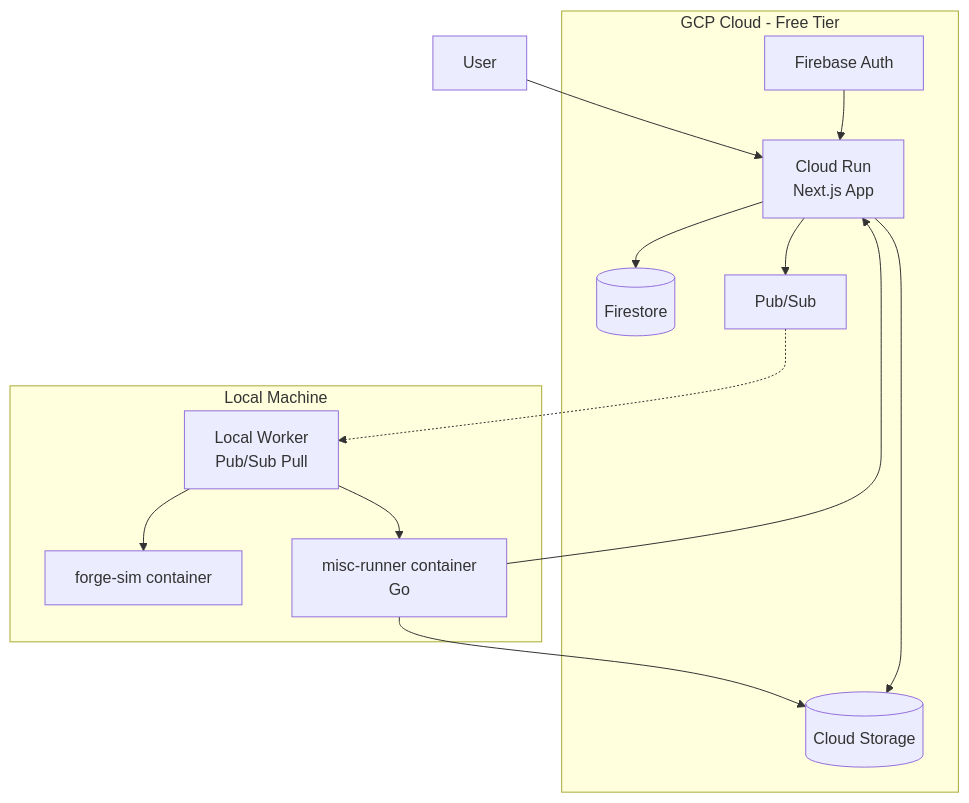
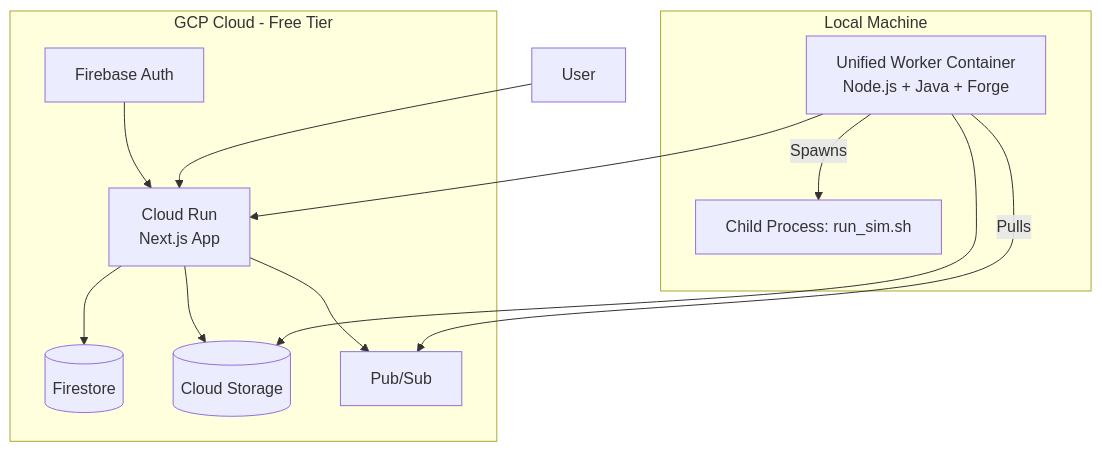
Before and after one commit to TytaniumDev/MagicBracketSimulator: the first of 6 diagrams in docs/ARCHITECTURE.md, drawn with Mermaid. The commit also changed other lines of this file and 3 other files, not shown here.

First line of the commit message:
docs: Synchronize architecture documentation with Unified Worker implementation

````diff
--- a/docs/ARCHITECTURE.md
+++ b/docs/ARCHITECTURE.md
@@ -18,27 +20,24 @@
 ```mermaid
 flowchart TB
     subgraph gcp [GCP Cloud - Free Tier]
         CloudRun[Cloud Run<br/>Next.js App]
         Firestore[(Firestore)]
         GCS[(Cloud Storage)]
         PubSub[Pub/Sub]
         FirebaseAuth[Firebase Auth]
         CloudRun --> Firestore
         CloudRun --> GCS
         CloudRun --> PubSub
         FirebaseAuth --> CloudRun
     end
 
     subgraph local [Local Machine]
-        Worker[Local Worker<br/>Pub/Sub Pull]
-        ForgeSim[forge-sim container]
-        MiscRunner[misc-runner container<br/>Go]
-        Worker --> ForgeSim
-        Worker --> MiscRunner
+        UnifiedWorker[Unified Worker Container<br/>Node.js + Java + Forge]
+        UnifiedWorker -- Pulls --> PubSub
+        UnifiedWorker -- Spawns --> SimProcess[Child Process: run_sim.sh]
     end
 
     User --> CloudRun
-    PubSub -.-> Worker
-    MiscRunner --> GCS
-    MiscRunner --> CloudRun
+    UnifiedWorker --> GCS
+    UnifiedWorker --> CloudRun
 ```
````
